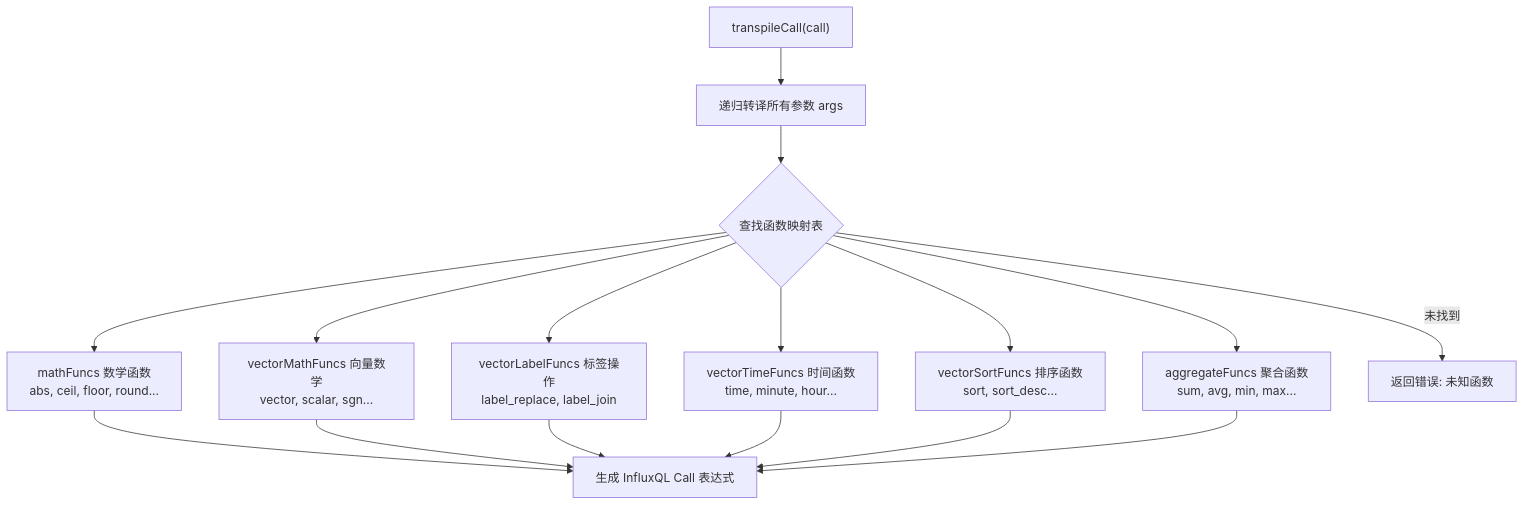
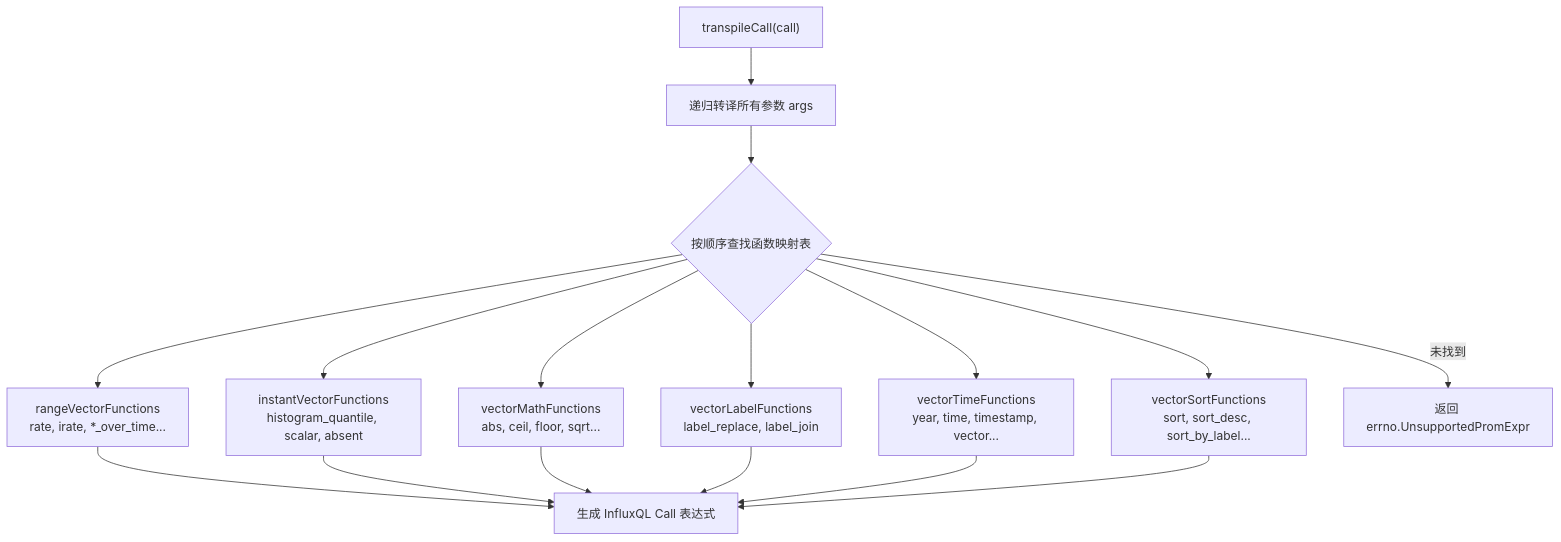
One commit to stefanv5/openGemini changed the fourth of 17 diagrams in docs/specs/08_promql_compatibility_spec.md. Above: the diagram before and after it, drawn with Mermaid. The commit also changed other lines of this file and 37 other files, not shown here.

````diff
--- a/docs/specs/08_promql_compatibility_spec.md
+++ b/docs/specs/08_promql_compatibility_spec.md
@@ -699,18 +715,18 @@
 ```mermaid
 graph TD
     A["transpileCall(call)"] --> B["递归转译所有参数 args"]
-    B --> C{"查找函数映射表"}
-    C --> D["mathFuncs 数学函数<br/>abs, ceil, floor, round..."]
-    C --> E["vectorMathFuncs 向量数学<br/>vector, scalar, sgn..."]
-    C --> F["vectorLabelFuncs 标签操作<br/>label_replace, label_join"]
-    C --> G["vectorTimeFuncs 时间函数<br/>time, minute, hour..."]
-    C --> H["vectorSortFuncs 排序函数<br/>sort, sort_desc..."]
-    C --> I["aggregateFuncs 聚合函数<br/>sum, avg, min, max..."]
+    B --> C{"按顺序查找函数映射表"}
+    C --> D["rangeVectorFunctions<br/>rate, irate, *_over_time..."]
+    C --> E["instantVectorFunctions<br/>histogram_quantile, scalar, absent"]
+    C --> F["vectorMathFunctions<br/>abs, ceil, floor, sqrt..."]
+    C --> G["vectorLabelFunctions<br/>label_replace, label_join"]
+    C --> H["vectorTimeFunctions<br/>year, time, timestamp, vector..."]
+    C --> I["vectorSortFunctions<br/>sort, sort_desc, sort_by_label..."]
     D --> J["生成 InfluxQL Call 表达式"]
     E --> J
     F --> J
     G --> J
     H --> J
     I --> J
-    C -->|"未找到"| K["返回错误: 未知函数"]
+    C -->|"未找到"| K["返回 errno.UnsupportedPromExpr"]
 ```
````
